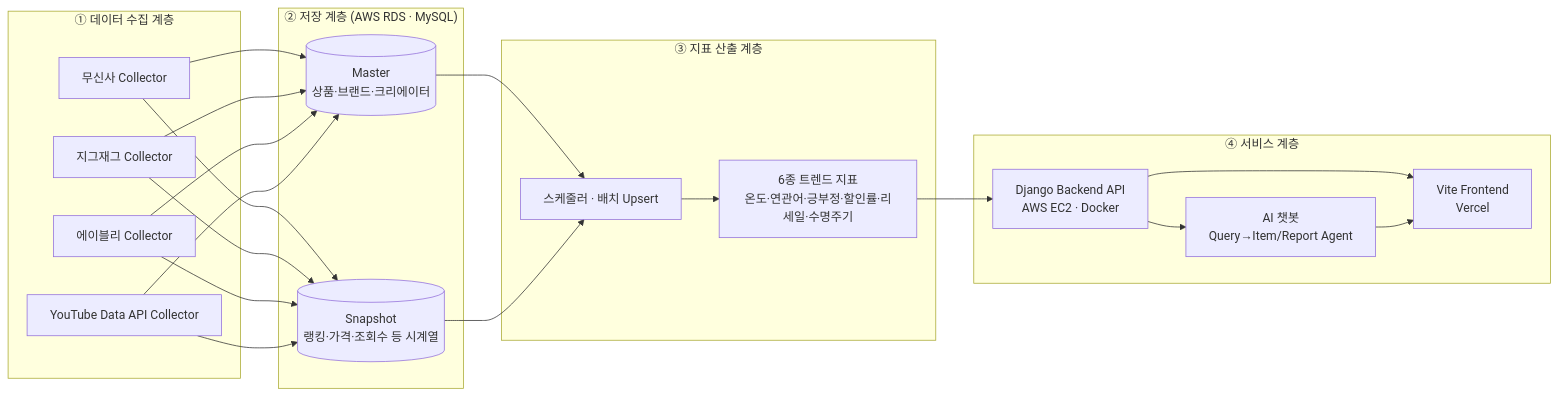
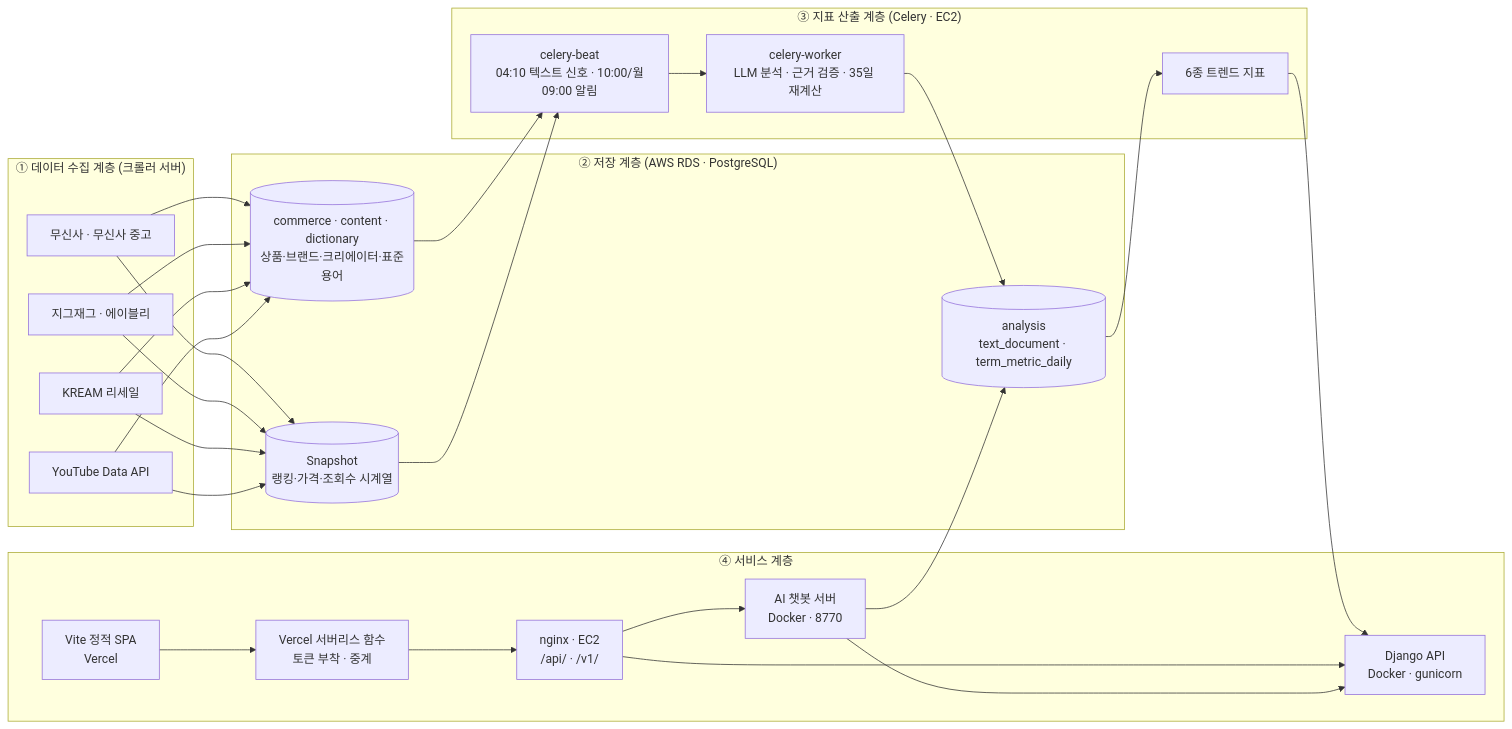
Before and after one commit to feedit-official/feedit: the first of 5 diagrams in README.md, drawn with Mermaid. The commit also changed other lines of this file, not shown here.

````diff
--- a/README.md
+++ b/README.md
@@ -114,42 +127,52 @@
 ```mermaid
 flowchart LR
-    subgraph 수집["① 데이터 수집 계층"]
-        C1[무신사 Collector]
-        C2[지그재그 Collector]
-        C3[에이블리 Collector]
-        C4[YouTube Data API Collector]
+    subgraph 수집["① 데이터 수집 계층 (크롤러 서버)"]
+        C1[무신사 · 무신사 중고]
+        C2[지그재그 · 에이블리]
+        C3[KREAM 리세일]
+        C4[YouTube Data API]
     end
 
-    subgraph 저장["② 저장 계층 (AWS RDS · MySQL)"]
-        M[(Master<br/>상품·브랜드·크리에이터)]
-        S[(Snapshot<br/>랭킹·가격·조회수 등 시계열)]
+    subgraph 저장["② 저장 계층 (AWS RDS · PostgreSQL)"]
+        M[(commerce · content · dictionary<br/>상품·브랜드·크리에이터·표준용어)]
+        S[(Snapshot<br/>랭킹·가격·조회수 시계열)]
+        A[(analysis<br/>text_document · term_metric_daily)]
     end
 
-    subgraph 지표["③ 지표 산출 계층"]
-        SCH[스케줄러 · 배치 Upsert]
-        IDX[6종 트렌드 지표<br/>온도·연관어·긍부정·할인률·리세일·수명주기]
+    subgraph 지표["③ 지표 산출 계층 (Celery · EC2)"]
+        BEAT[celery-beat<br/>04:10 텍스트 신호 · 10:00/월09:00 알림]
+        WORK[celery-worker<br/>LLM 분석 · 근거 검증 · 35일 재계산]
+        IDX[6종 트렌드 지표]
     end
 
     subgraph 서비스["④ 서비스 계층"]
-        API[Django Backend API<br/>AWS EC2 · Docker]
-        FE[Vite Frontend<br/>Vercel]
-        BOT[AI 챗봇<br/>Query→Item/Report Agent]
+        NGX[nginx · EC2<br/>/api/ · /v1/]
+        API[Django API<br/>Docker · gunicorn]
+        BOT[AI 챗봇 서버<br/>Docker · 8770]
+        VF[Vercel 서버리스 함수<br/>토큰 부착 · 중계]
+        FE[Vite 정적 SPA<br/>Vercel]
     end
 
     C1 --> M
     C2 --> M
     C3 --> M
+    C4 --> M
     C1 --> S
     C2 --> S
     C3 --> S
-    C4 --> M
     C4 --> S
 
-    M --> SCH
-    S --> SCH
-    SCH --> IDX
+    M --> BEAT
+    S --> BEAT
+    BEAT --> WORK
+    WORK --> A
+    A --> IDX
     IDX --> API
-    API --> FE
-    API --> BOT
-    BOT --> FE
+
+    FE --> VF
+    VF --> NGX
+    NGX --> API
+    NGX --> BOT
+    BOT --> A
+    BOT --> API
 ```
````
